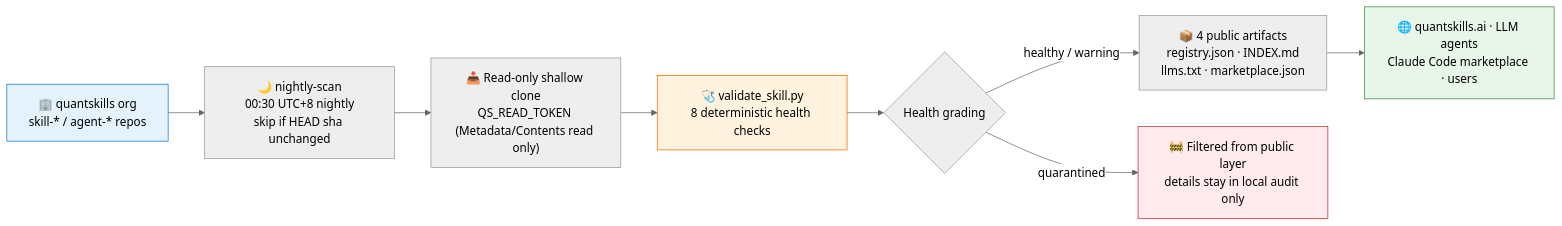
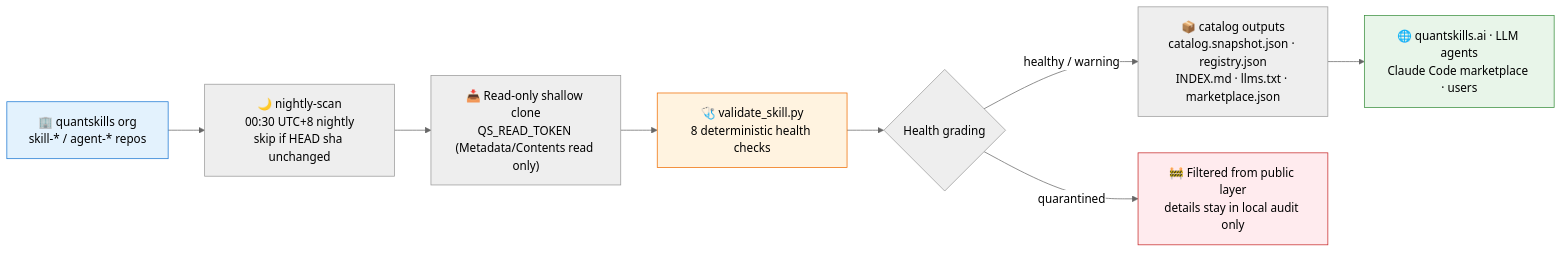
The diagram in README.en.md (quantskills/registry), drawn with Mermaid (neutral theme) before and after one commit. The commit also changed other lines of this file and 6 other files, not shown here.

Commit message:
docs(registry): publish catalog contract v2 guide

````diff
--- a/README.en.md
+++ b/README.en.md
@@ -36,15 +36,15 @@
 ```mermaid
 flowchart LR
     A["🏢 quantskills org<br/>skill-* / agent-* repos"] --> B["🌙 nightly-scan<br/>00:30 UTC+8 nightly<br/>skip if HEAD sha unchanged"]
     B --> C["📥 Read-only shallow clone<br/>QS_READ_TOKEN (Metadata/Contents read only)"]
     C --> D["🩺 validate_skill.py<br/>8 deterministic health checks"]
     D --> E{"Health grading"}
-    E -->|"healthy / warning"| F["📦 4 public artifacts<br/>registry.json · INDEX.md<br/>llms.txt · marketplace.json"]
+    E -->|"healthy / warning"| F["📦 catalog outputs<br/>catalog.snapshot.json · registry.json<br/>INDEX.md · llms.txt · marketplace.json"]
     E -->|"quarantined"| G["🚧 Filtered from public layer<br/>details stay in local audit only"]
     F --> H["🌐 quantskills.ai · LLM agents<br/>Claude Code marketplace · users"]
 
     style A fill:#e3f2fd,stroke:#1976d2
     style D fill:#fff3e0,stroke:#ef6c00
     style G fill:#ffebee,stroke:#c62828
     style H fill:#e8f5e9,stroke:#388e3c
 ```
````
